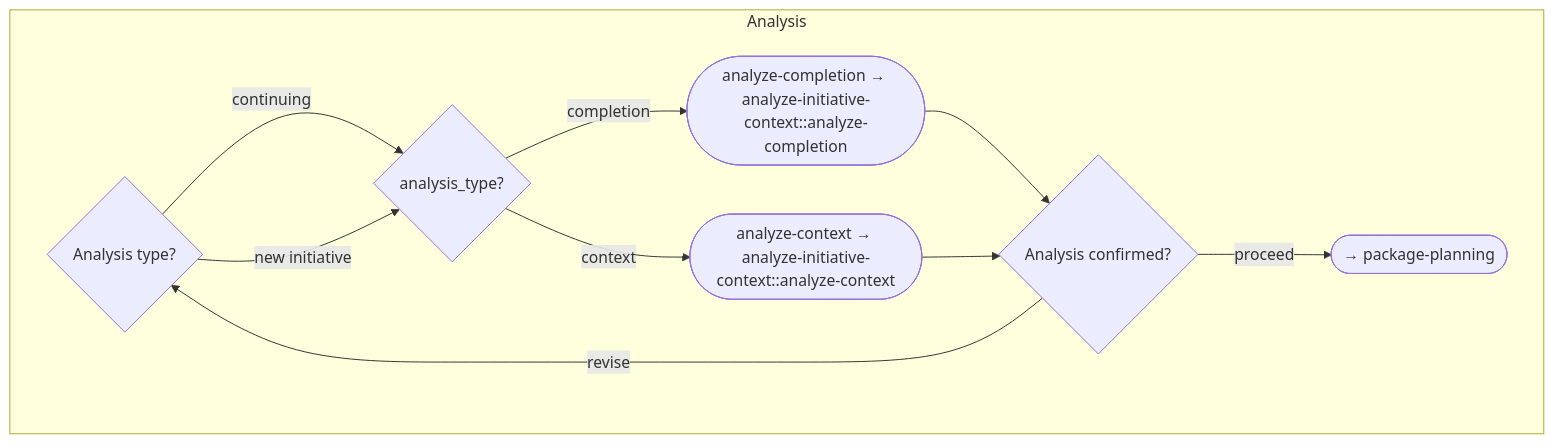
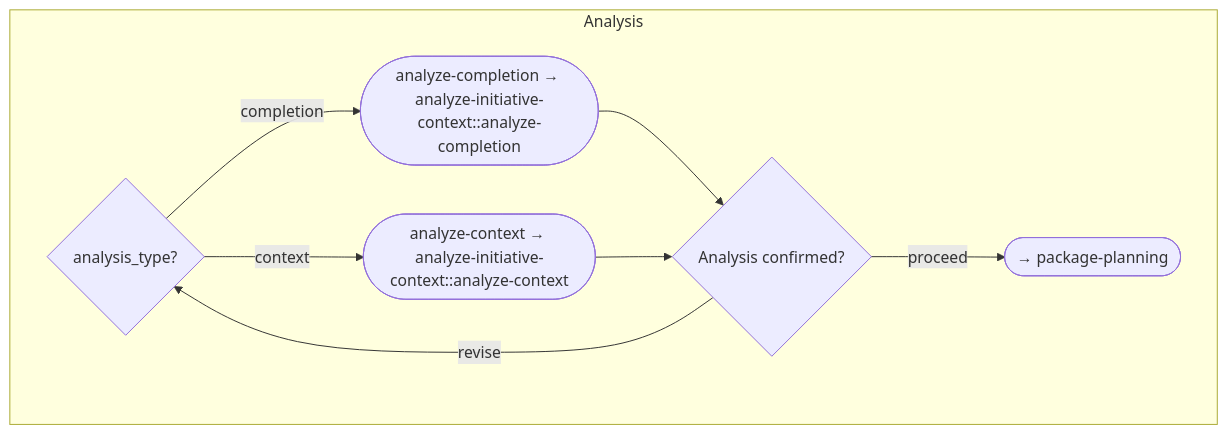
Before and after one commit to m2ux/workflow-server: the fourth of 8 diagrams in work-packages/README.md, drawn with Mermaid. The commit also changed other lines of this file and 18 other files, not shown here.

````diff
--- a/work-packages/README.md
+++ b/work-packages/README.md
@@ -88,19 +89,16 @@
 ```mermaid
 graph TD
     subgraph analysis[Analysis]
-        cpType{Analysis type?}
         d1{analysis_type?}
         a1([analyze-completion → analyze-initiative-context::analyze-completion])
         a2([analyze-context → analyze-initiative-context::analyze-context])
         cp1{Analysis confirmed?}
-        
-        cpType -->|continuing| d1
-        cpType -->|new initiative| d1
+
         d1 -->|completion| a1
         d1 -->|context| a2
         a1 --> cp1
         a2 --> cp1
         cp1 -->|proceed| Next([→ package-planning])
-        cp1 -->|revise| cpType
+        cp1 -->|revise| d1
     end
 ```
````
